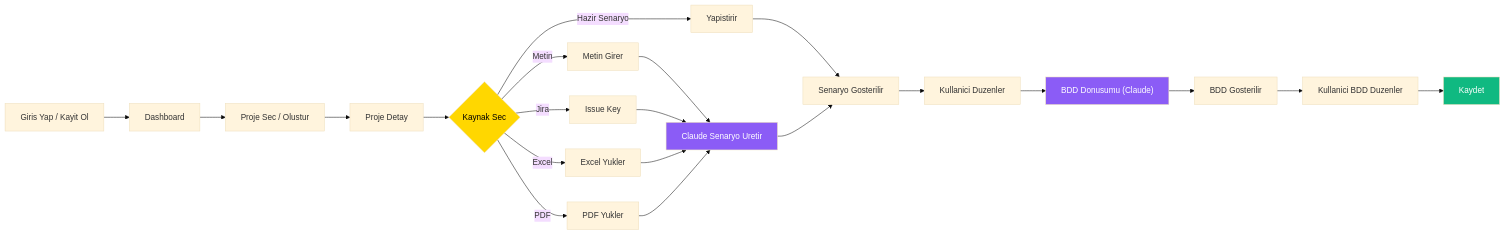
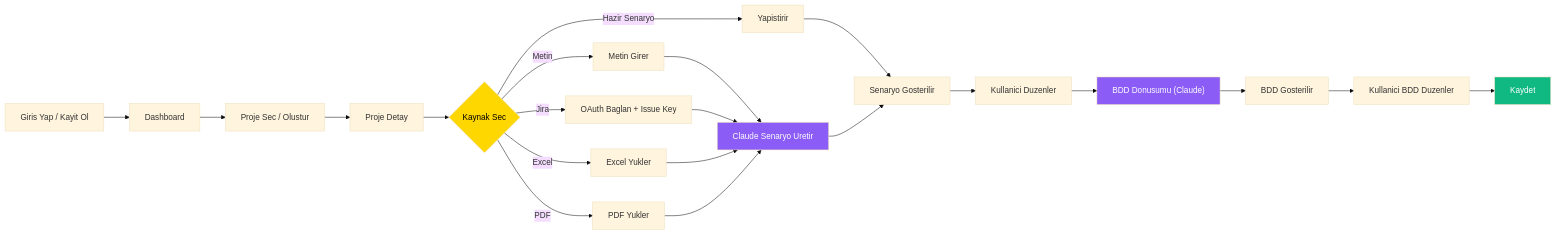
One commit to elifpazarda/nex-test-backend changed the diagram in FLOW.md. Above: the diagram before and after it, drawn with Mermaid (base theme). The commit also changed other lines of this file and 10 other files, not shown here.

First line of the commit message:
feat(jira): migrate from manual API token to Atlassian OAuth 2.0 (3LO)

````diff
--- a/FLOW.md
+++ b/FLOW.md
@@ -3,32 +3,32 @@
 ```mermaid
 flowchart LR
     A["Giris Yap / Kayit Ol"] --> B["Dashboard"]
     B --> C["Proje Sec / Olustur"]
     C --> D["Proje Detay"]
     D --> E{"Kaynak Sec"}
 
     E -->|"Hazir Senaryo"| F1["Yapistirir"]
     E -->|"Metin"| F2["Metin Girer"]
-    E -->|"Jira"| F3["Issue Key"]
+    E -->|"Jira"| F3["OAuth Baglan + Issue Key"]
     E -->|"Excel"| F4["Excel Yukler"]
     E -->|"PDF"| F5["PDF Yukler"]
 
     F2 --> G["Claude Senaryo Uretir"]
     F3 --> G
     F4 --> G
     F5 --> G
 
     F1 --> H["Senaryo Gosterilir"]
     G --> H
 
     H --> I["Kullanici Duzenler"]
     I --> J["BDD Donusumu (Claude)"]
     J --> K["BDD Gosterilir"]
     K --> L["Kullanici BDD Duzenler"]
     L --> M["Kaydet"]
 
     style E fill:#FFD700,color:#000
     style G fill:#8B5CF6,color:#FFF
     style J fill:#8B5CF6,color:#FFF
     style M fill:#10B981,color:#FFF
 ```
````
